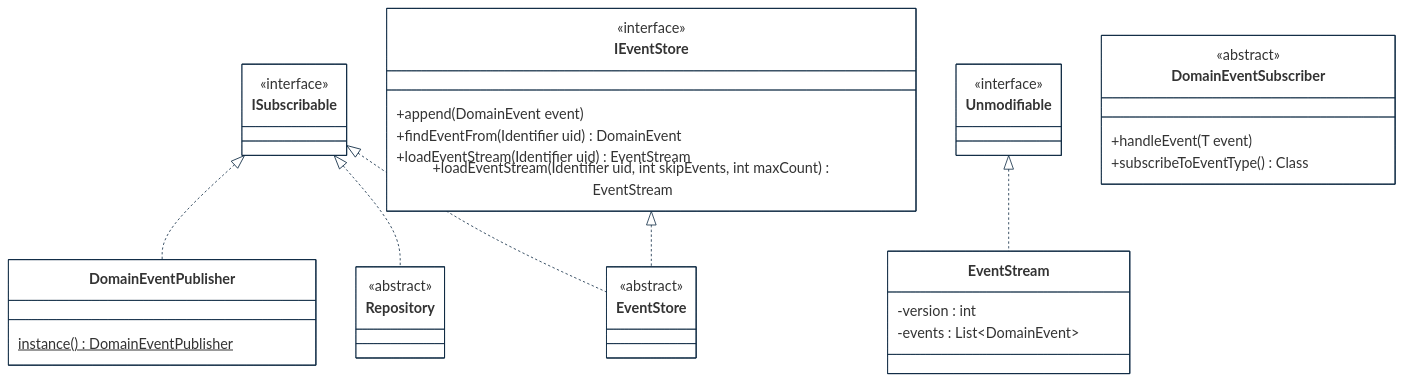
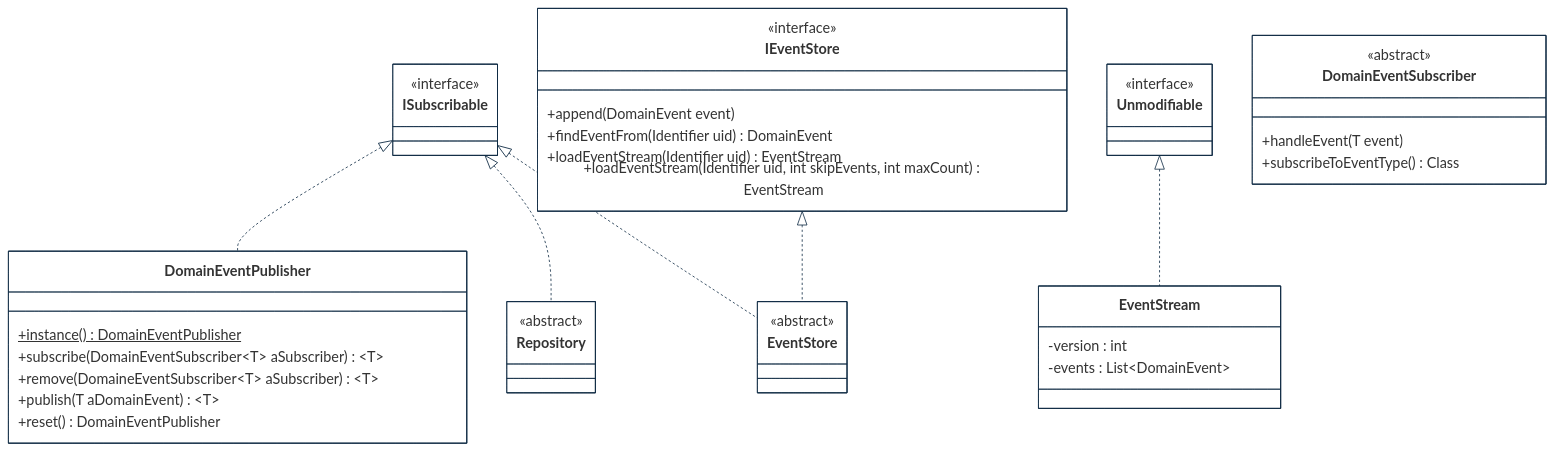
One commit to cybnity/foundation changed the third of 5 diagrams in implementations-line/framework/domain/designview-packages.md. Above: the diagram before and after it, drawn with Mermaid.

````diff
--- a/implementations-line/framework/domain/designview-packages.md
+++ b/implementations-line/framework/domain/designview-packages.md
@@ -94,58 +94,62 @@
 ```mermaid
 %%{
   init: {
     'theme': 'base',
     'themeVariables': {
         'background': '#ffffff',
         'fontFamily': 'arial',
         'fontSize': '18px',
         'primaryColor': '#fff',
         'primaryBorderColor': '#0e2a43',
         'secondaryBorderColor': '#0e2a43',
         'tertiaryBorderColor': '#0e2a43',
         'edgeLabelBackground':'#0e2a43',
         'lineColor': '#0e2a43',
         'tertiaryColor': '#fff'
     }
   }
 }%%
 classDiagram
     ISubscribable <|.. DomainEventPublisher
     ISubscribable <|.. Repository
     ISubscribable <|.. EventStore
     IEventStore <|.. EventStore
     Unmodifiable <|.. EventStream
 
     class ISubscribable {
         <<interface>>
     }
     class EventStore {
         <<abstract>>
     }
     class IEventStore {
         <<interface>>
         +append(DomainEvent event)
         +findEventFrom(Identifier uid) DomainEvent
         +loadEventStream(Identifier uid) EventStream
         +loadEventStream(Identifier uid, int skipEvents, int maxCount) EventStream
     }
     class Repository {
         <<abstract>>
     }
     class DomainEventSubscriber {
         <<abstract>>
         +handleEvent(T event)
         +subscribeToEventType() Class
     }
     class DomainEventPublisher {
-        instance()$ DomainEventPublisher
+        +instance()$ DomainEventPublisher
+        +subscribe(DomainEventSubscriber~T~ aSubscriber) ~T~
+        +remove(DomaineEventSubscriber~T~ aSubscriber) ~T~
+        +publish(T aDomainEvent) ~T~
+        +reset() DomainEventPublisher
     }
     class EventStream {
         -version : int
         -events : List~DomainEvent~
     }
     class Unmodifiable {
         <<interface>>
     }
 
 ```
````
